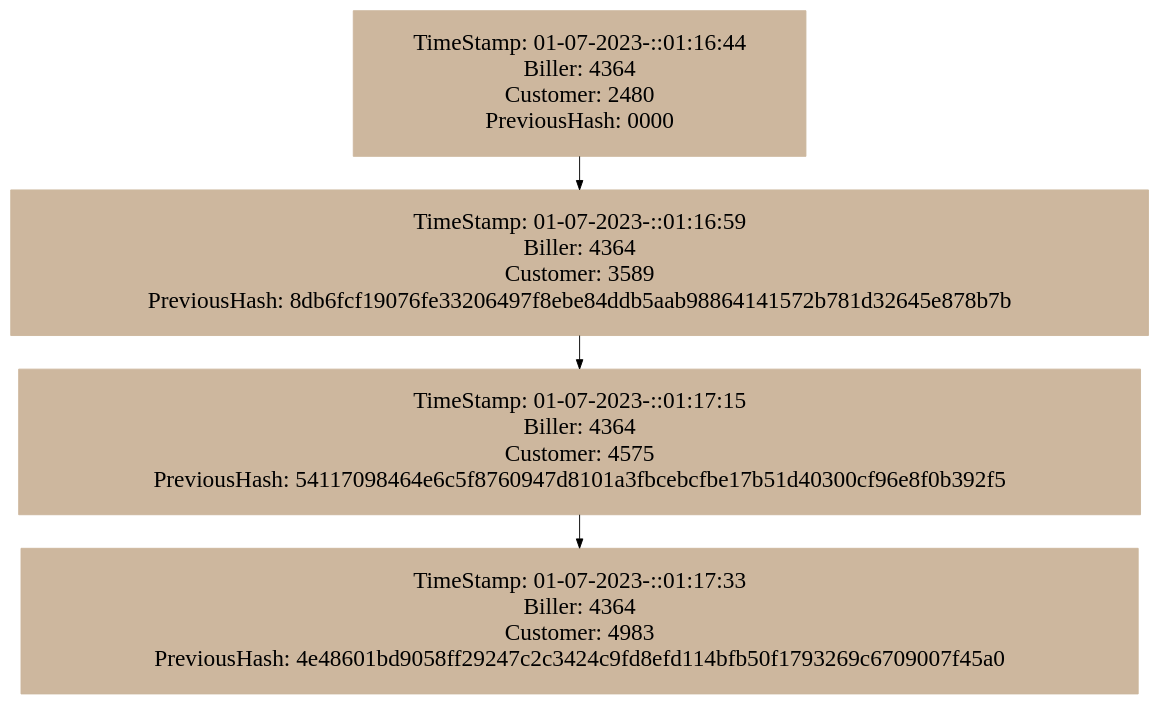
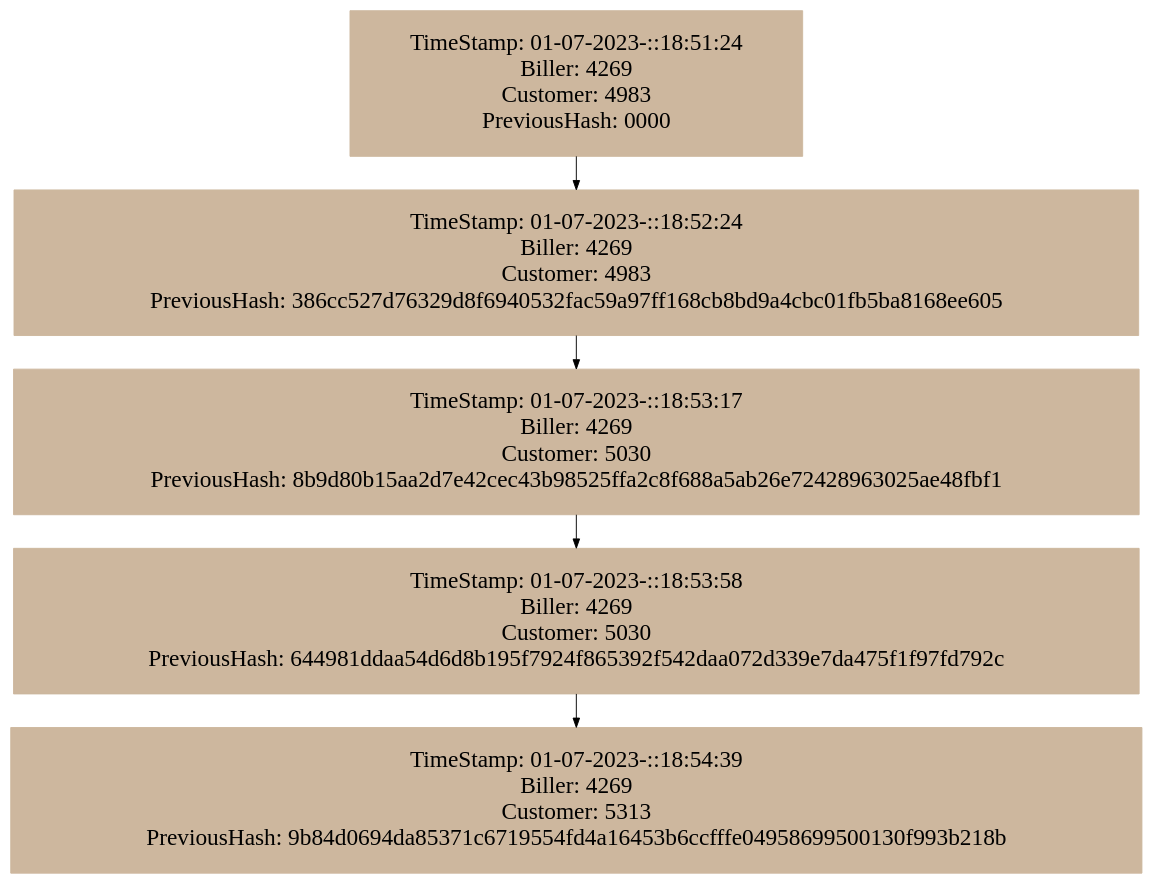
The diagram in Backend/bloquePagos.dot (DanielGarcia-201901103/EDD_VJ1S2023_PY_201901103), drawn with Graphviz before and after one commit. The commit also changed 8 other files, not shown here.

```diff
--- a/Backend/bloquePagos.dot
+++ b/Backend/bloquePagos.dot
@@ -1,11 +1,13 @@
 digraph Bloque{ 
  node [margin=0 fontcolor=black fontsize=25 shape=rectangle color=bisque3 style=filled margin = 0.3];
-nodo0[label="TimeStamp: 01-07-2023-::01:16:44\n Biller: 4364\n Customer: 2480\n PreviousHash: 0000"]; 
-nodo1[label="TimeStamp: 01-07-2023-::01:16:59\n Biller: 4364\n Customer: 3589\n PreviousHash: 8db6fcf19076fe33206497f8ebe84ddb5aab98864141572b781d32645e878b7b"]; 
-nodo2[label="TimeStamp: 01-07-2023-::01:17:15\n Biller: 4364\n Customer: 4575\n PreviousHash: 54117098464e6c5f8760947d8101a3fbcebcfbe17b51d40300cf96e8f0b392f5"]; 
-nodo3[label="TimeStamp: 01-07-2023-::01:17:33\n Biller: 4364\n Customer: 4983\n PreviousHash: 4e48601bd9058ff29247c2c3424c9fd8efd114bfb50f1793269c6709007f45a0"]; 
+nodo0[label="TimeStamp: 01-07-2023-::18:51:24\n Biller: 4269\n Customer: 4983\n PreviousHash: 0000"]; 
+nodo1[label="TimeStamp: 01-07-2023-::18:52:24\n Biller: 4269\n Customer: 4983\n PreviousHash: 386cc527d76329d8f6940532fac59a97ff168cb8bd9a4cbc01fb5ba8168ee605"]; 
+nodo2[label="TimeStamp: 01-07-2023-::18:53:17\n Biller: 4269\n Customer: 5030\n PreviousHash: 8b9d80b15aa2d7e42cec43b98525ffa2c8f688a5ab26e72428963025ae48fbf1"]; 
+nodo3[label="TimeStamp: 01-07-2023-::18:53:58\n Biller: 4269\n Customer: 5030\n PreviousHash: 644981ddaa54d6d8b195f7924f865392f542daa072d339e7da475f1f97fd792c"]; 
+nodo4[label="TimeStamp: 01-07-2023-::18:54:39\n Biller: 4269\n Customer: 5313\n PreviousHash: 9b84d0694da85371c6719554fd4a16453b6ccfffe04958699500130f993b218b"]; 
 nodo0->nodo1;
 nodo1->nodo2;
 nodo2->nodo3;
+nodo3->nodo4;
 
 }
```
